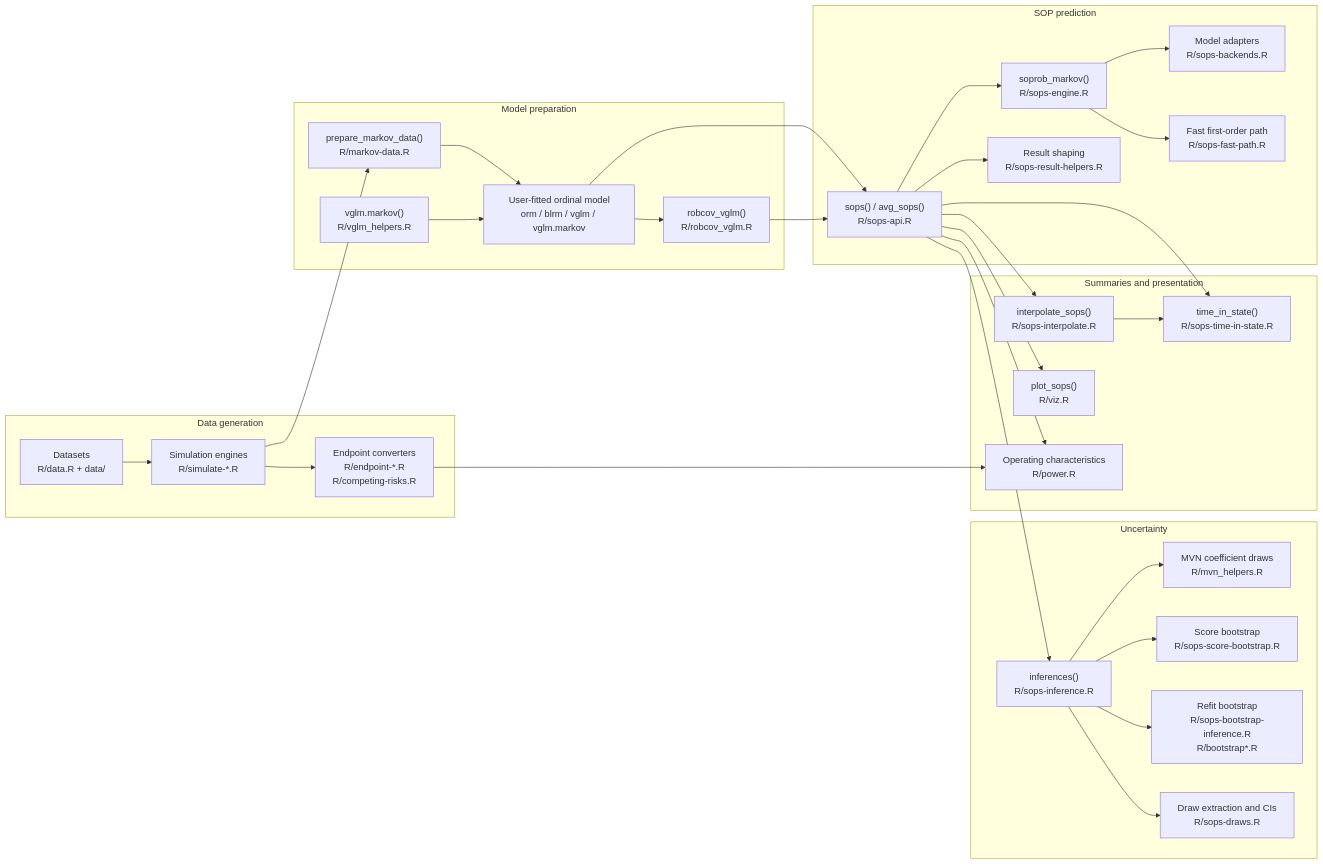
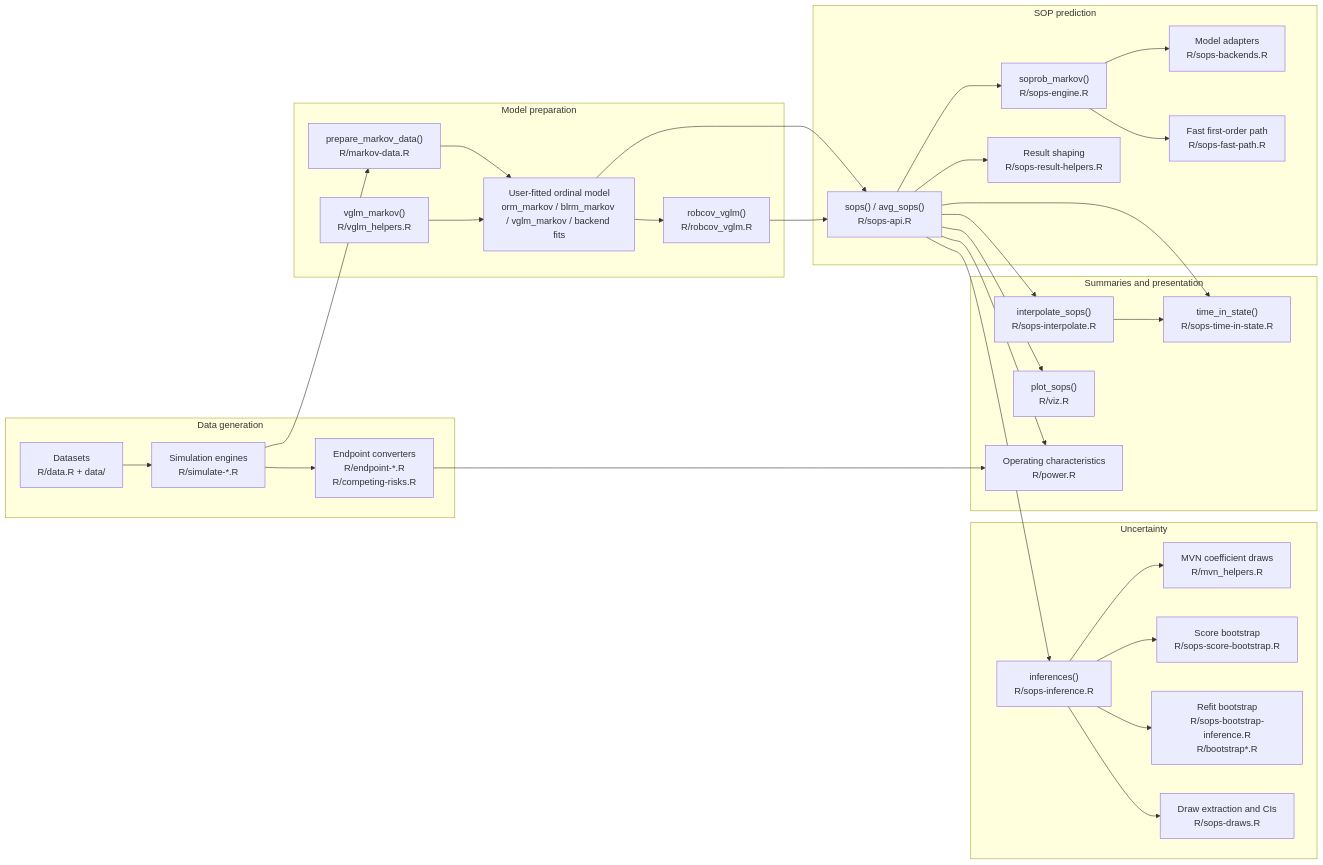
One commit to scjohannes/markov.misc changed the first of 6 diagrams in ARCHITECTURE.md. Above: the diagram before and after it, drawn with Mermaid. The commit also changed other lines of this file and 10 other files, not shown here.

````diff
--- a/ARCHITECTURE.md
+++ b/ARCHITECTURE.md
@@ -27,62 +27,62 @@
 ```mermaid
 flowchart LR
   subgraph "Data generation"
     SIM["Simulation engines<br/>R/simulate-*.R"]
     BASE["Datasets<br/>R/data.R + data/"]
     ENDPOINT_IN["Endpoint converters<br/>R/endpoint-*.R<br/>R/competing-risks.R"]
   end
 
   subgraph "Model preparation"
     PREP["prepare_markov_data()<br/>R/markov-data.R"]
-    FIT["User-fitted ordinal model<br/>orm / blrm / vglm / vglm.markov"]
-    VGLM_FIT["vglm.markov()<br/>R/vglm_helpers.R"]
+    FIT["User-fitted ordinal model<br/>orm_markov / blrm_markov / vglm_markov / backend fits"]
+    VGLM_FIT["vglm_markov()<br/>R/vglm_helpers.R"]
     ROB["robcov_vglm()<br/>R/robcov_vglm.R"]
   end
 
   subgraph "SOP prediction"
     API["sops() / avg_sops()<br/>R/sops-api.R"]
     BACKENDS["Model adapters<br/>R/sops-backends.R"]
     ENGINE["soprob_markov()<br/>R/sops-engine.R"]
     FAST["Fast first-order path<br/>R/sops-fast-path.R"]
     RESULT["Result shaping<br/>R/sops-result-helpers.R"]
   end
 
   subgraph "Uncertainty"
     INF["inferences()<br/>R/sops-inference.R"]
     MVN["MVN coefficient draws<br/>R/mvn_helpers.R"]
     SCORE["Score bootstrap<br/>R/sops-score-bootstrap.R"]
     REFIT["Refit bootstrap<br/>R/sops-bootstrap-inference.R<br/>R/bootstrap*.R"]
     DRAWS["Draw extraction and CIs<br/>R/sops-draws.R"]
   end
 
   subgraph "Summaries and presentation"
     TIS["time_in_state()<br/>R/sops-time-in-state.R"]
     INT["interpolate_sops()<br/>R/sops-interpolate.R"]
     PLOT["plot_sops()<br/>R/viz.R"]
     OC["Operating characteristics<br/>R/power.R"]
   end
 
   SIM --> PREP
   BASE --> SIM
   SIM --> ENDPOINT_IN
   PREP --> FIT
   VGLM_FIT --> FIT
   FIT --> ROB
   FIT --> API
   ROB --> API
   API --> ENGINE
   API --> RESULT
   ENGINE --> BACKENDS
   ENGINE --> FAST
   API --> INF
   INF --> MVN
   INF --> SCORE
   INF --> REFIT
   INF --> DRAWS
   API --> INT
   API --> TIS
   INT --> TIS
   API --> PLOT
   ENDPOINT_IN --> OC
   API --> OC
 ```
````
